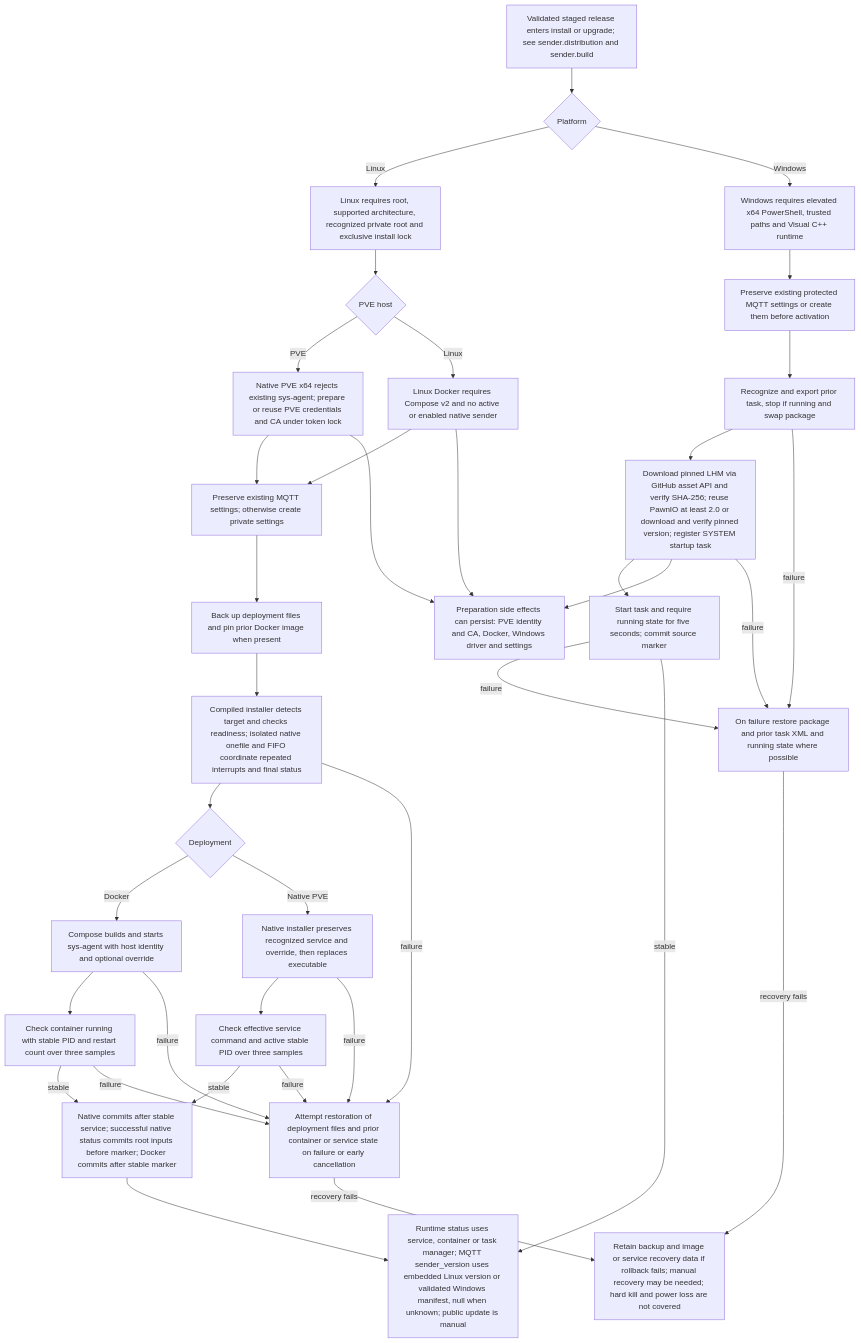
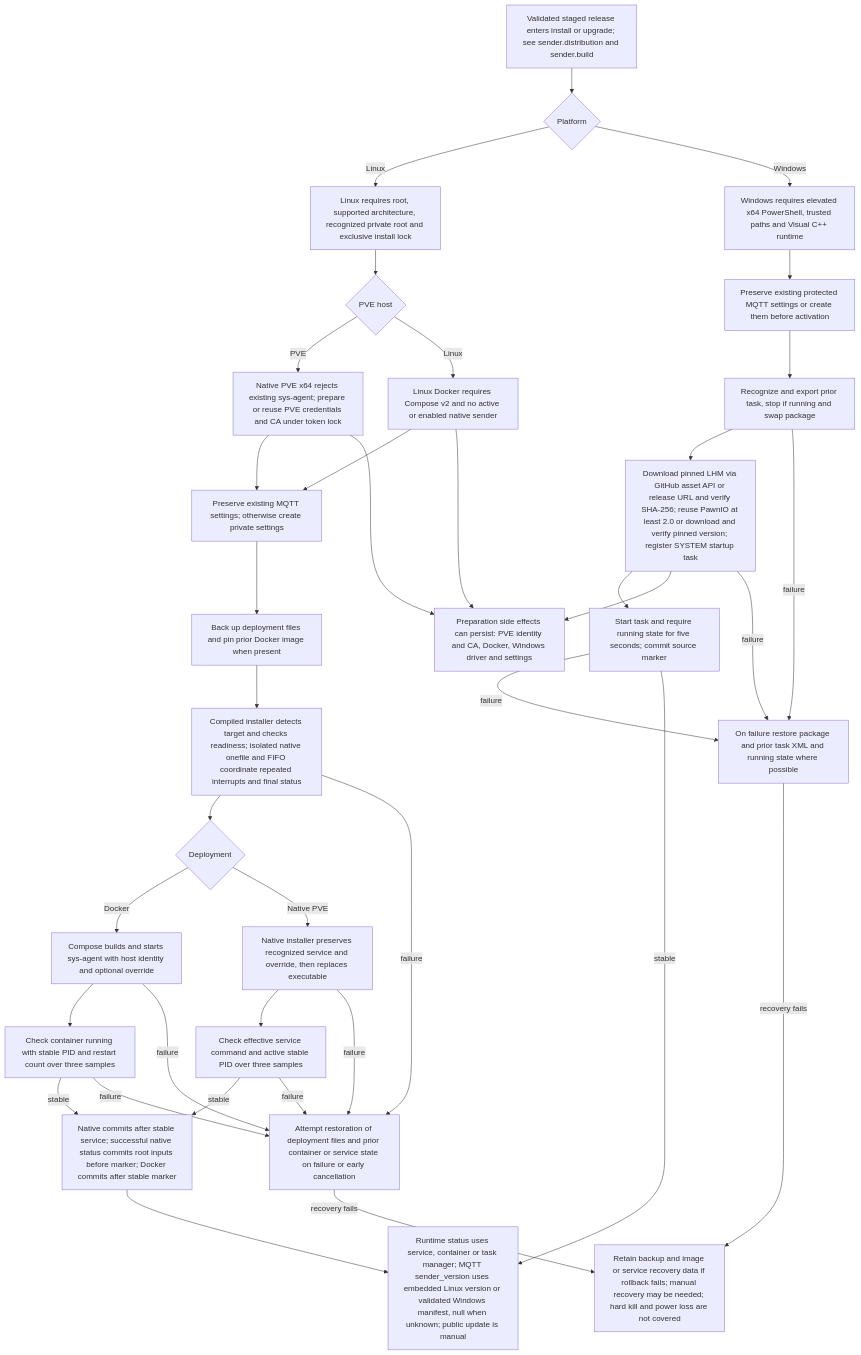
The diagram in docs/flows/sender.compiled-lifecycle.mmd (KarlSideProjects/hwmonitor-mqtt), drawn with Mermaid before and after one commit. The commit also changed 11 other files, not shown here.

```diff
--- a/docs/flows/sender.compiled-lifecycle.mmd
+++ b/docs/flows/sender.compiled-lifecycle.mmd
@@ -1,62 +1,62 @@
 flowchart TD
     A["Validated staged release enters install or upgrade; see sender.distribution and sender.build"]
     B{"Platform"}
     C["Linux requires root, supported architecture, recognized private root and exclusive install lock"]
     D{"PVE host"}
     E["Native PVE x64 rejects existing sys-agent; prepare or reuse PVE credentials and CA under token lock"]
     F["Linux Docker requires Compose v2 and no active or enabled native sender"]
     G["Preserve existing MQTT settings; otherwise create private settings"]
     H["Back up deployment files and pin prior Docker image when present"]
     I["Compiled installer detects target and checks readiness; isolated native onefile and FIFO coordinate repeated interrupts and final status"]
     J{"Deployment"}
     K["Compose builds and starts sys-agent with host identity and optional override"]
     L["Native installer preserves recognized service and override, then replaces executable"]
     M["Check container running with stable PID and restart count over three samples"]
     N["Check effective service command and active stable PID over three samples"]
     O["Native commits after stable service; successful native status commits root inputs before marker; Docker commits after stable marker"]
     P["Attempt restoration of deployment files and prior container or service state on failure or early cancellation"]
     Q["Retain backup and image or service recovery data if rollback fails; manual recovery may be needed; hard kill and power loss are not covered"]
     R["Windows requires elevated x64 PowerShell, trusted paths and Visual C++ runtime"]
     S["Preserve existing protected MQTT settings or create them before activation"]
     T["Recognize and export prior task, stop if running and swap package"]
-    U["Download pinned LHM via GitHub asset API and verify SHA-256; reuse PawnIO at least 2.0 or download and verify pinned version; register SYSTEM startup task"]
+    U["Download pinned LHM via GitHub asset API or release URL and verify SHA-256; reuse PawnIO at least 2.0 or download and verify pinned version; register SYSTEM startup task"]
     V["Start task and require running state for five seconds; commit source marker"]
     W["On failure restore package and prior task XML and running state where possible"]
     X["Preparation side effects can persist: PVE identity and CA, Docker, Windows driver and settings"]
     Y["Runtime status uses service, container or task manager; MQTT sender_version uses embedded Linux version or validated Windows manifest, null when unknown; public update is manual"]
     A --> B
     B -->|Linux| C
     B -->|Windows| R
     C --> D
     D -->|PVE| E
     D -->|Linux| F
     E --> G
     F --> G
     G --> H
     H --> I
     I --> J
     J -->|Docker| K
     J -->|Native PVE| L
     K --> M
     L --> N
     M -->|stable| O
     N -->|stable| O
     M -->|failure| P
     N -->|failure| P
     P -->|recovery fails| Q
     R --> S
     S --> T
     T --> U
     U --> V
     V -->|failure| W
     W -->|recovery fails| Q
     V -->|stable| Y
     O --> Y
     E --> X
     F --> X
     U --> X
     I -->|failure| P
     K -->|failure| P
     L -->|failure| P
     T -->|failure| W
     U -->|failure| W
```
